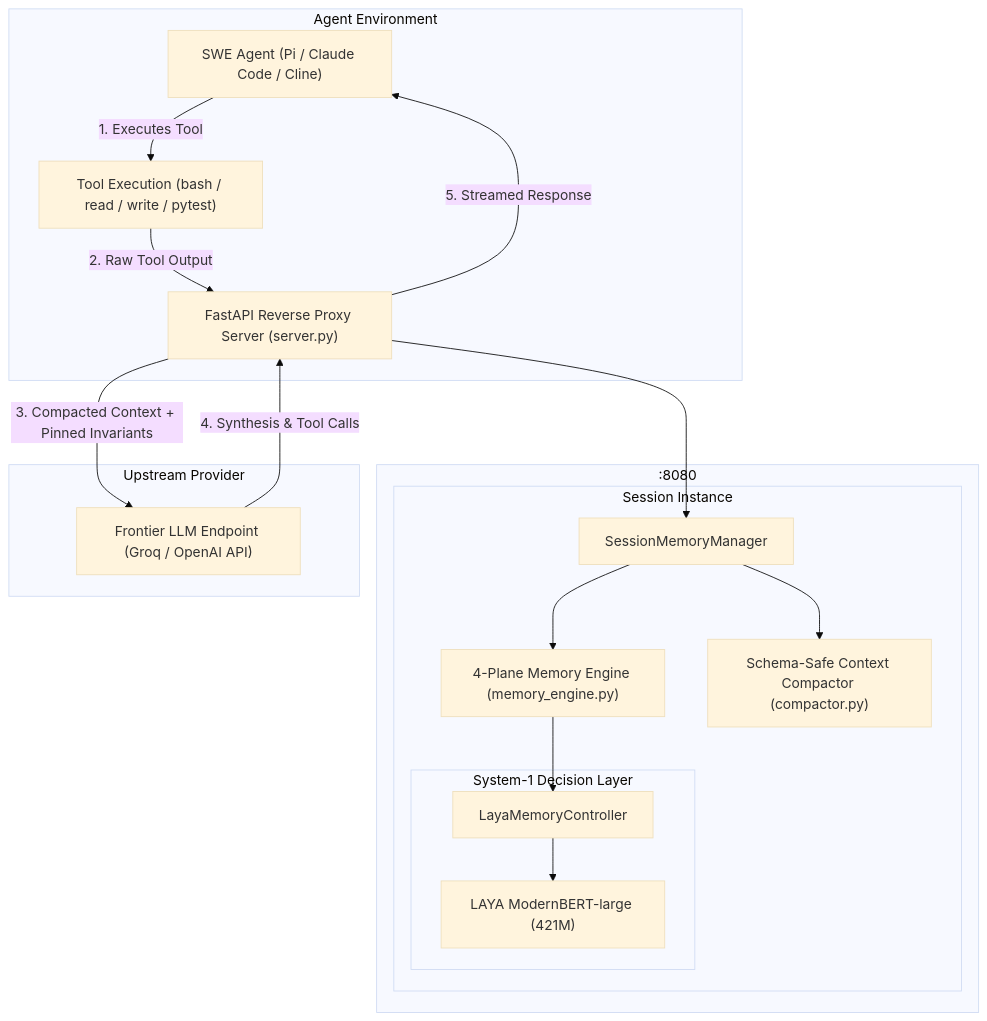
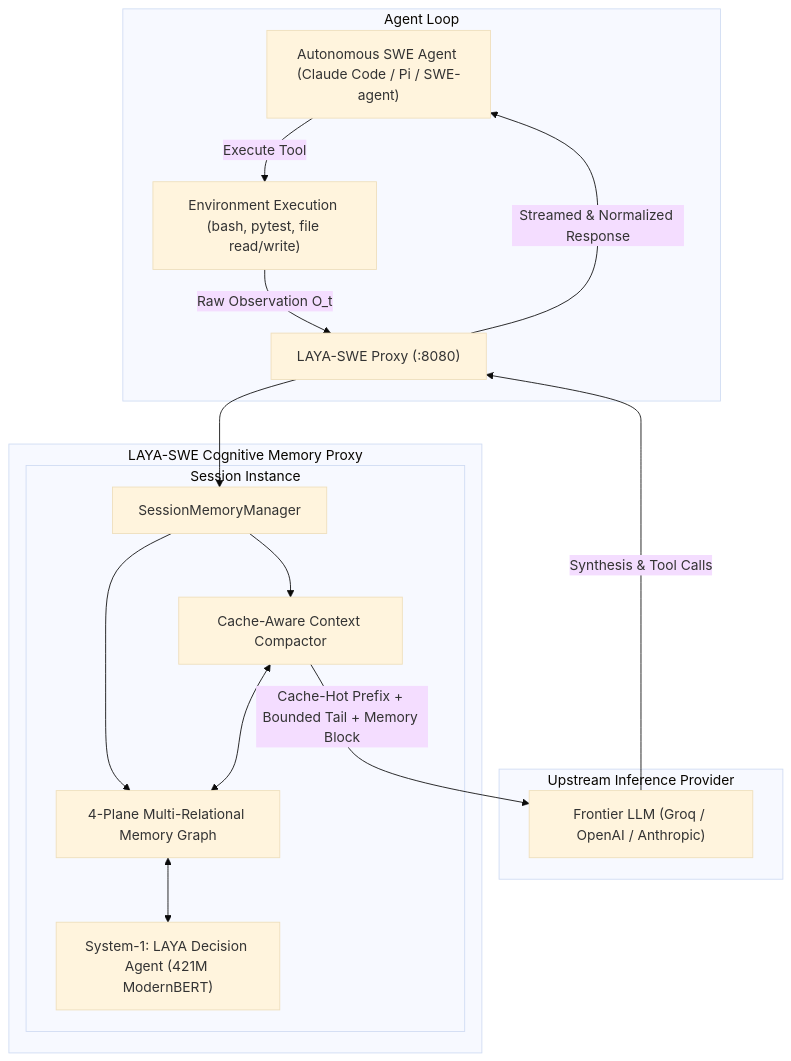
The first of 6 diagrams in ARCHITECTURE.md (Mukul-svg/laya-swe), drawn with Mermaid (base theme) before and after one commit. The commit also changed other lines of this file and 5 other files, not shown here.

Commit message:
feat: harden memory engine security, cache-aware compaction, and update architecture spec

````diff
--- a/ARCHITECTURE.md
+++ b/ARCHITECTURE.md
@@ -24,38 +30,31 @@
 ```mermaid
 flowchart TD
-    subgraph Agent Environment
-        Agent["SWE Agent (Pi / Claude Code / Cline)"]
-        Tools["Tool Execution (bash / read / write / pytest)"]
-        Agent -->|1. Executes Tool| Tools
-        Tools -->|2. Raw Tool Output| Proxy
+    subgraph Agent Loop
+        A["Autonomous SWE Agent (Claude Code / Pi / SWE-agent)"]
+        T["Environment Execution (bash, pytest, file read/write)"]
+        A -->|Execute Tool| T
+        T -->|Raw Observation O_t| P["LAYA-SWE Proxy (:8080)"]
     end
 
-    subgraph LAYA-SWE Reverse Proxy [:8080]
-        Proxy["FastAPI Reverse Proxy Server (server.py)"]
-        SMM["SessionMemoryManager"]
-        Proxy --> SMM
-
+    subgraph LAYA-SWE Cognitive Memory Proxy
+        P --> SMM["SessionMemoryManager"]
         subgraph Session Instance
-            Engine["4-Plane Memory Engine (memory_engine.py)"]
-            Compactor["Schema-Safe Context Compactor (compactor.py)"]
+            S1["System-1: LAYA Decision Agent (421M ModernBERT)"]
+            Graph["4-Plane Multi-Relational Memory Graph"]
+            Compactor["Cache-Aware Context Compactor"]
             
-            subgraph System-1 Decision Layer
-                LayaCtrl["LayaMemoryController"]
-                LayaModel["LAYA ModernBERT-large (421M)"]
-                LayaCtrl --> LayaModel
-            end
-
-            SMM --> Engine
+            SMM --> Graph
             SMM --> Compactor
-            Engine --> LayaCtrl
+            Graph <--> S1
+            Compactor <--> Graph
         end
     end
 
-    subgraph Upstream Provider
-        Groq["Frontier LLM Endpoint (Groq / OpenAI API)"]
+    subgraph Upstream Inference Provider
+        Groq["Frontier LLM (Groq / OpenAI / Anthropic)"]
     end
 
-    Proxy -->|3. Compacted Context + Pinned Invariants| Groq
-    Groq -->|4. Synthesis & Tool Calls| Proxy
-    Proxy -->|5. Streamed Response| Agent
+    Compactor -->|Cache-Hot Prefix + Bounded Tail + Memory Block| Groq
+    Groq -->|Synthesis & Tool Calls| P
+    P -->|Streamed & Normalized Response| A
 ```
````
